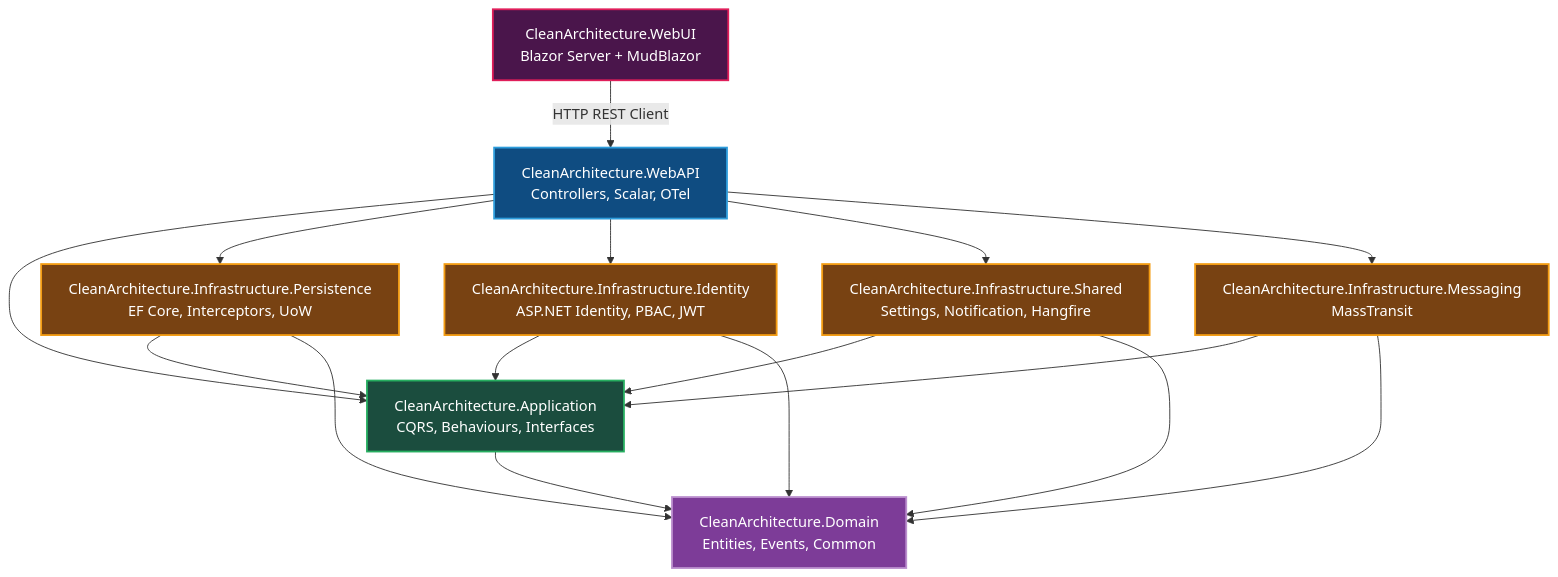
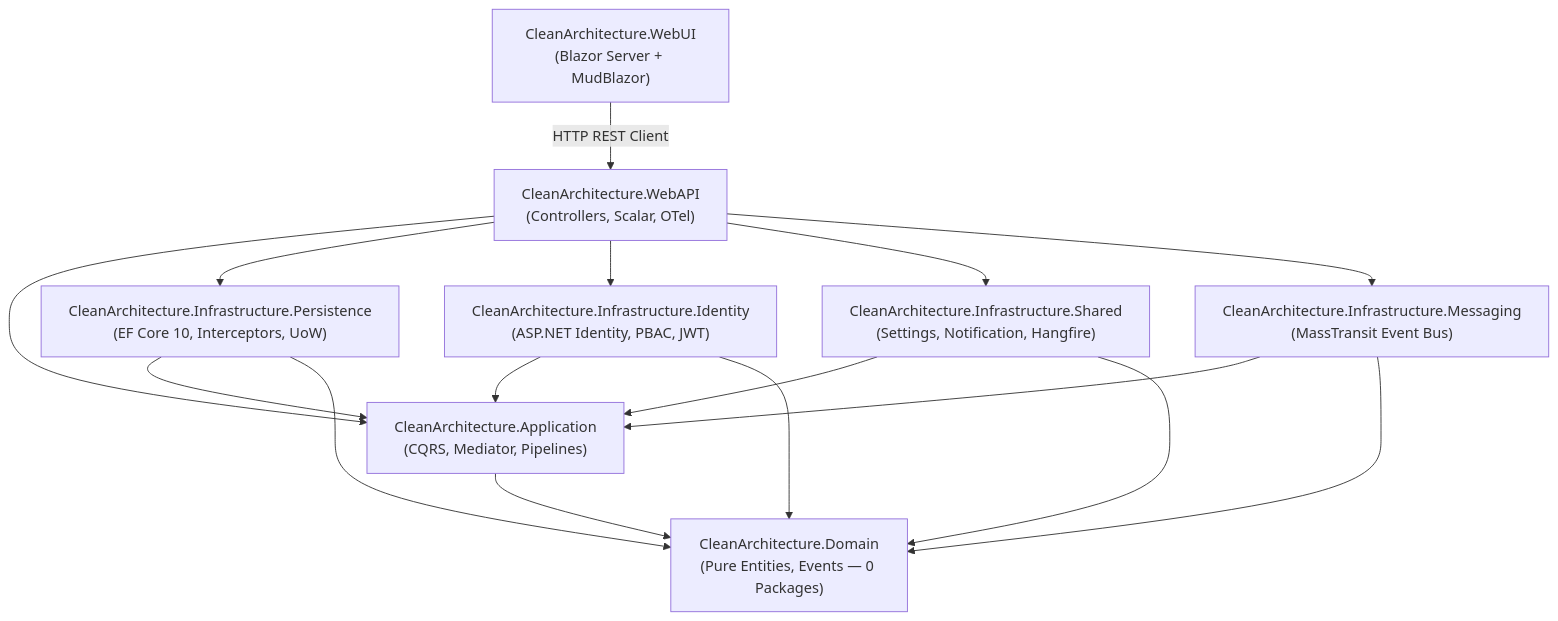
Before and after one commit to MinimDev/dotnet-clean-architecture-template: the first of 2 diagrams in docs/ARCHITECTURE.md, drawn with Mermaid. The commit also changed other lines of this file and 1 other file, not shown here.

Commit message:
docs: overhaul README with modern design, comparison matrix, and universal architecture diagrams

````diff
--- a/docs/ARCHITECTURE.md
+++ b/docs/ARCHITECTURE.md
@@ -47,27 +83,21 @@
 ```mermaid
-graph TD
-    classDef ui fill:#4a154b,stroke:#e01e5a,stroke-width:2px,color:#fff;
-    classDef api fill:#0f4c81,stroke:#2d9cdb,stroke-width:2px,color:#fff;
-    classDef app fill:#1b4d3e,stroke:#27ae60,stroke-width:2px,color:#fff;
-    classDef domain fill:#7d3c98,stroke:#bb8fce,stroke-width:2px,color:#fff;
-    classDef infra fill:#784212,stroke:#f39c12,stroke-width:2px,color:#fff;
+flowchart TD
+    WebUI["CleanArchitecture.WebUI<br/>(Blazor Server + MudBlazor)"] -->|"HTTP REST Client"| WebAPI["CleanArchitecture.WebAPI<br/>(Controllers, Scalar, OTel)"]
 
-    WebUI[CleanArchitecture.WebUI<br/>Blazor Server + MudBlazor]:::ui -->|HTTP REST Client| WebAPI[CleanArchitecture.WebAPI<br/>Controllers, Scalar, OTel]:::api
-    
-    WebAPI --> Application[CleanArchitecture.Application<br/>CQRS, Behaviours, Interfaces]:::app
-    WebAPI --> Persistence[CleanArchitecture.Infrastructure.Persistence<br/>EF Core, Interceptors, UoW]:::infra
-    WebAPI --> Identity[CleanArchitecture.Infrastructure.Identity<br/>ASP.NET Identity, PBAC, JWT]:::infra
-    WebAPI --> Shared[CleanArchitecture.Infrastructure.Shared<br/>Settings, Notification, Hangfire]:::infra
-    WebAPI --> Messaging[CleanArchitecture.Infrastructure.Messaging<br/>MassTransit]:::infra
+    WebAPI --> Application["CleanArchitecture.Application<br/>(CQRS, Mediator, Pipelines)"]
+    WebAPI --> Persistence["CleanArchitecture.Infrastructure.Persistence<br/>(EF Core 10, Interceptors, UoW)"]
+    WebAPI --> Identity["CleanArchitecture.Infrastructure.Identity<br/>(ASP.NET Identity, PBAC, JWT)"]
+    WebAPI --> Shared["CleanArchitecture.Infrastructure.Shared<br/>(Settings, Notification, Hangfire)"]
+    WebAPI --> Messaging["CleanArchitecture.Infrastructure.Messaging<br/>(MassTransit Event Bus)"]
 
     Persistence --> Application
     Identity --> Application
     Shared --> Application
     Messaging --> Application
 
-    Persistence --> Domain[CleanArchitecture.Domain<br/>Entities, Events, Common]:::domain
+    Persistence --> Domain["CleanArchitecture.Domain<br/>(Pure Entities, Events — 0 Packages)"]
     Identity --> Domain
     Shared --> Domain
     Messaging --> Domain
     Application --> Domain
 ```
````
